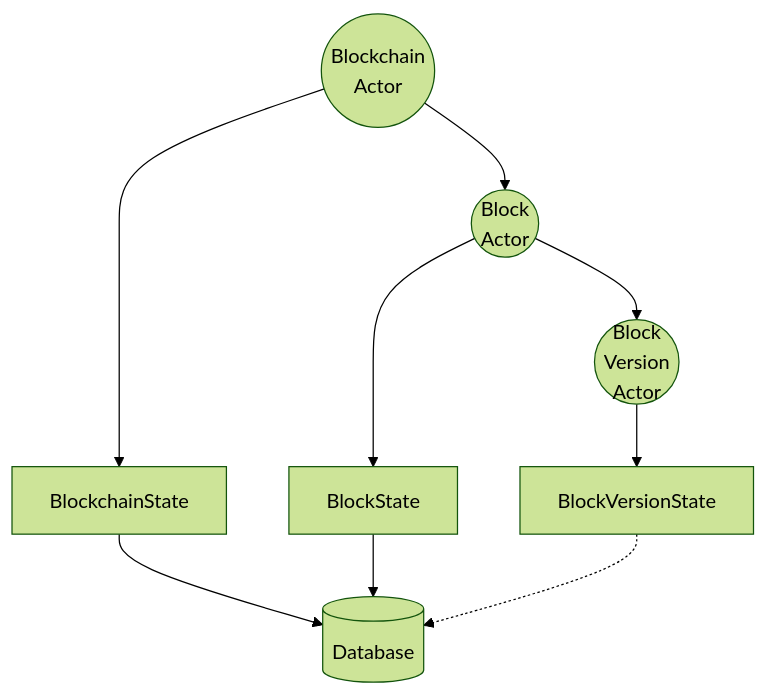
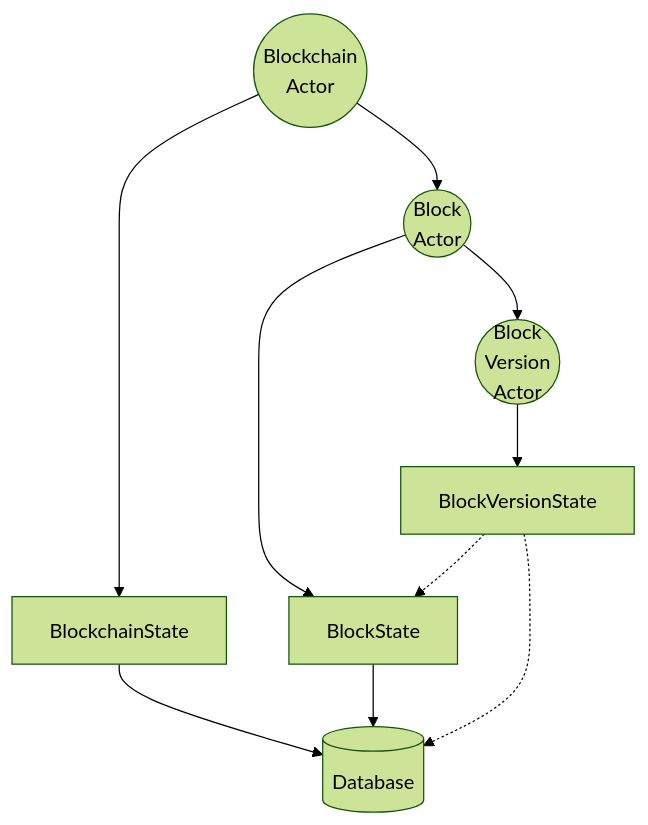
The second of 3 diagrams in hugo/content/docs/mermaid.md (asynkron/protoactor-website), drawn with Mermaid (forest theme) before and after one commit. The commit also changed 1 other file, not shown here.

````diff
--- a/hugo/content/docs/mermaid.md
+++ b/hugo/content/docs/mermaid.md
@@ -19,15 +19,16 @@
 ```mermaid
   graph TD;
       DB[(Database)]
       BlockchainActor((Blockchain<br/>Actor))
       BlockActor((Block<br/>Actor))
       BlockVersionActor((Block<br/>Version<br/>Actor))
       BlockchainActor-->BlockchainState
       BlockchainActor-->BlockActor
       BlockActor-->BlockState
       BlockActor-->BlockVersionActor
       BlockVersionActor-->BlockVersionState
       BlockchainState-->DB
       BlockState-->DB
       BlockVersionState-.->DB
+      BlockVersionState-.->BlockState
 ```
````
